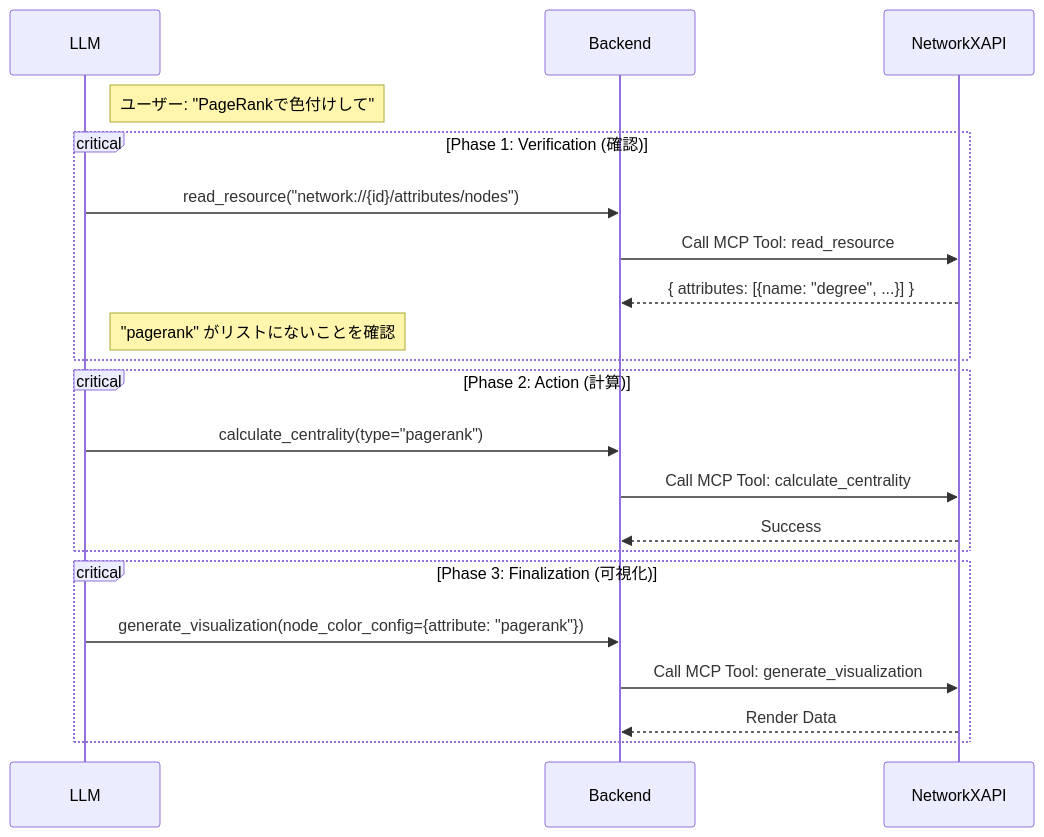
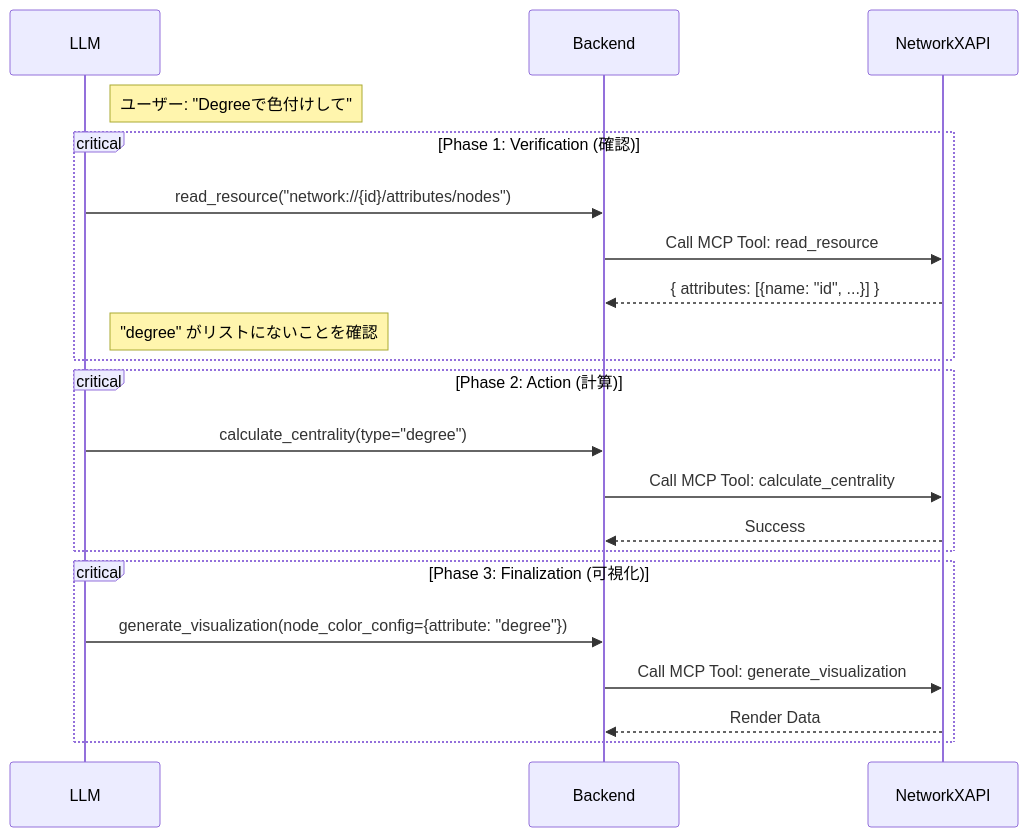
Diagram 11 of 12 in specification/2_Technical_Details/6_Core_Workflows.md (vdslab/LLMGraphvis), drawn with Mermaid before and after one commit. The commit also changed other lines of this file and 1 other file, not shown here.

Commit message:
docs: update NetworkX API and core workflow technical specifications

````diff
--- a/specification/2_Technical_Details/6_Core_Workflows.md
+++ b/specification/2_Technical_Details/6_Core_Workflows.md
@@ -466,27 +466,27 @@
 ```mermaid
 sequenceDiagram
     participant LLM
     participant Backend
     participant NetworkXAPI
     
-    Note right of LLM: ユーザー: "PageRankで色付けして"
-    
+    Note right of LLM: ユーザー: "Degreeで色付けして"
+
     critical Phase 1: Verification (確認)
         LLM->>Backend: read_resource("network://{id}/attributes/nodes")
         Backend->>NetworkXAPI: Call MCP Tool: read_resource
-        NetworkXAPI-->>Backend: { attributes: [{name: "degree", ...}] }
-        note right of LLM: "pagerank" がリストにないことを確認
+        NetworkXAPI-->>Backend: { attributes: [{name: "id", ...}] }
+        note right of LLM: "degree" がリストにないことを確認
     end
-    
+
     critical Phase 2: Action (計算)
-        LLM->>Backend: calculate_centrality(type="pagerank")
+        LLM->>Backend: calculate_centrality(type="degree")
         Backend->>NetworkXAPI: Call MCP Tool: calculate_centrality
         NetworkXAPI-->>Backend: Success
     end
-    
+
     critical Phase 3: Finalization (可視化)
-        LLM->>Backend: generate_visualization(node_color_config={attribute: "pagerank"})
+        LLM->>Backend: generate_visualization(node_color_config={attribute: "degree"})
         Backend->>NetworkXAPI: Call MCP Tool: generate_visualization
         NetworkXAPI-->>Backend: Render Data
     end
 ```
````
